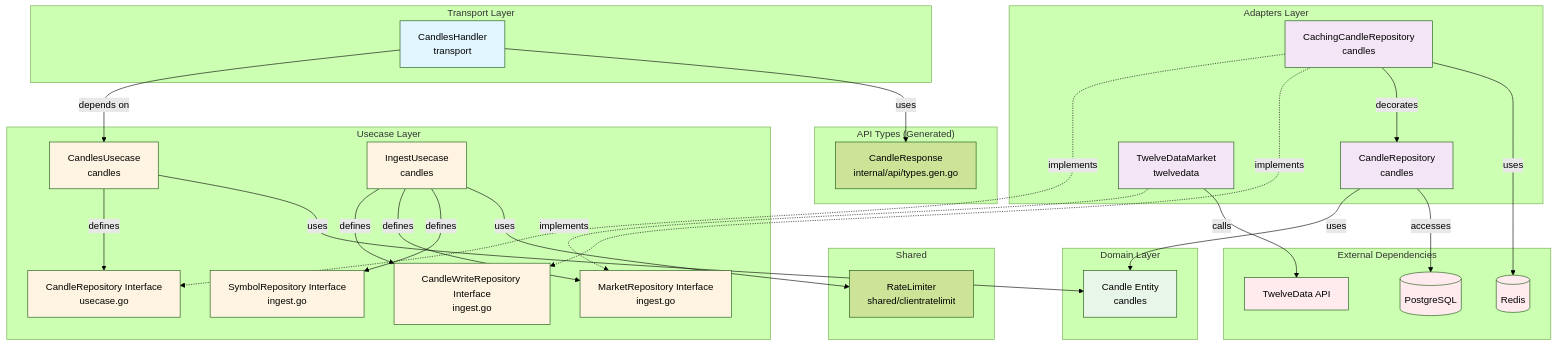
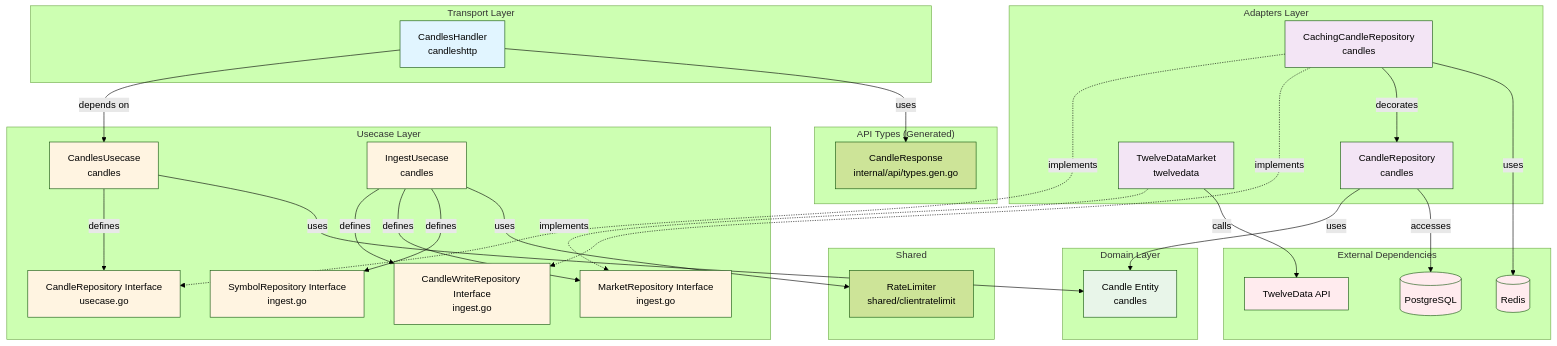
The third of 3 diagrams in internal/feature/candles/README.md (UCHIDAnobuhiro/stock_backend), drawn with Mermaid (forest theme) before and after one commit. The commit also changed other lines of this file and 9 other files, not shown here.

````diff
--- a/internal/feature/candles/README.md
+++ b/internal/feature/candles/README.md
@@ -211,71 +211,71 @@
 ```mermaid
 graph TB
     subgraph "Transport Layer"
-        Handler[CandlesHandler<br/>transport]
+        Handler[CandlesHandler<br/>candleshttp]
     end
 
     subgraph "API Types (Generated)"
         APITypes[CandleResponse<br/>internal/api/types.gen.go]
     end
 
     subgraph "Usecase Layer"
         CandlesUC[CandlesUsecase<br/>candles]
         IngestUC[IngestUsecase<br/>candles]
         ReadInterface[CandleRepository Interface<br/>usecase.go]
         WriteInterface[CandleWriteRepository Interface<br/>ingest.go]
         MarketInterface[MarketRepository Interface<br/>ingest.go]
         SymbolInterface[SymbolRepository Interface<br/>ingest.go]
     end
 
     subgraph "Domain Layer"
         Entity[Candle Entity<br/>candles]
     end
 
     subgraph "Adapters Layer"
         RepoImpl[CandleRepository<br/>candles]
         Cache[CachingCandleRepository<br/>candles]
         TwelveData[TwelveDataMarket<br/>twelvedata]
     end
 
     subgraph "Shared"
         RateLimiter[RateLimiter<br/>shared/clientratelimit]
     end
 
     subgraph "External Dependencies"
         DB[(PostgreSQL)]
         Redis[(Redis)]
         API[TwelveData API]
     end
 
     Handler -->|depends on| CandlesUC
     Handler -->|uses| APITypes
     CandlesUC -->|defines| ReadInterface
     CandlesUC -->|uses| Entity
     IngestUC -->|defines| WriteInterface
     IngestUC -->|defines| MarketInterface
     IngestUC -->|defines| SymbolInterface
     IngestUC -->|uses| RateLimiter
     Cache -.->|implements| ReadInterface
     Cache -.->|implements| WriteInterface
     Cache -->|decorates| RepoImpl
     Cache -->|uses| Redis
     RepoImpl -->|uses| Entity
     RepoImpl -->|accesses| DB
     TwelveData -.->|implements| MarketInterface
     TwelveData -->|calls| API
 
     style Handler fill:#e1f5ff
     style CandlesUC fill:#fff4e1
     style IngestUC fill:#fff4e1
     style Entity fill:#e8f5e9
     style ReadInterface fill:#fff4e1
     style WriteInterface fill:#fff4e1
     style MarketInterface fill:#fff4e1
     style SymbolInterface fill:#fff4e1
     style RepoImpl fill:#f3e5f5
     style Cache fill:#f3e5f5
     style TwelveData fill:#f3e5f5
     style DB fill:#ffebee
     style Redis fill:#ffebee
     style API fill:#ffebee
 ```
````
